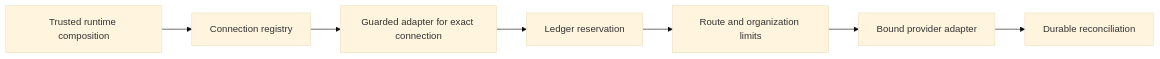
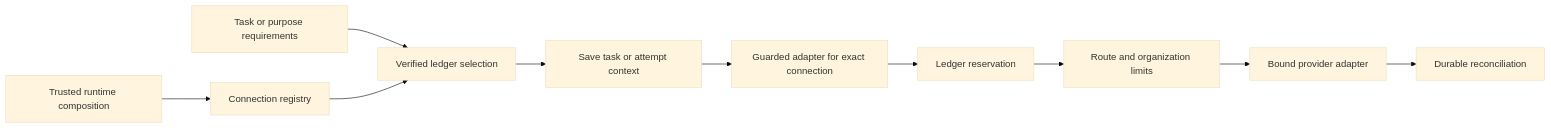
The diagram in docs/INFERENCE_CONNECTIONS.md (dominicnunez/agentos), drawn with Mermaid (base theme) before and after one commit. The commit also changed other lines of this file and 56 other files, not shown here.

````diff
--- a/docs/INFERENCE_CONNECTIONS.md
+++ b/docs/INFERENCE_CONNECTIONS.md
@@ -82,9 +154,12 @@
 ```mermaid
 flowchart LR
     Composition[Trusted runtime composition] --> Registry[Connection registry]
-    Registry --> Guard[Guarded adapter for exact connection]
+    Requirements[Task or purpose requirements] --> Selection[Verified ledger selection]
+    Registry --> Selection
+    Selection --> Context[Save task or attempt context]
+    Context --> Guard[Guarded adapter for exact connection]
     Guard --> Admission[Ledger reservation]
     Admission --> Limits[Route and organization limits]
     Limits --> Call[Bound provider adapter]
     Call --> Reconcile[Durable reconciliation]
 ```
````
